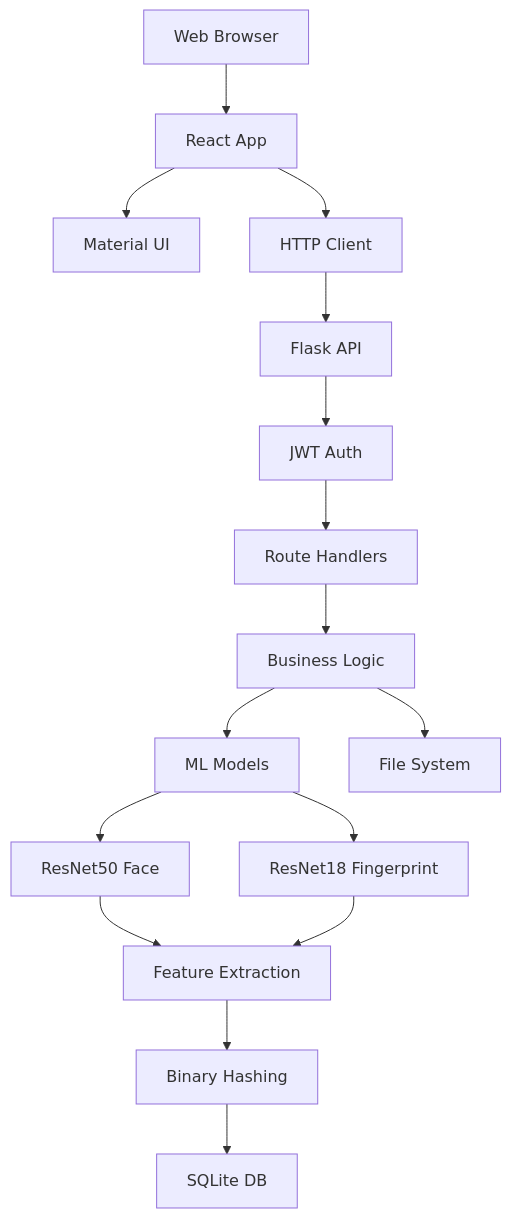
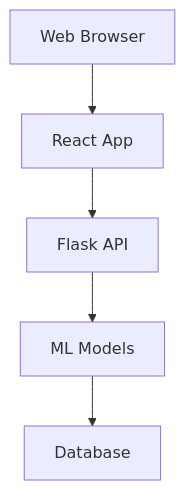
One commit to BTech20/biometric-auth-system changed the first of 15 diagrams in ARCHITECTURE.md. Above: the diagram before and after it, drawn with Mermaid. The commit also changed other lines of this file, not shown here.

First line of the commit message:
Ultra-simplify Mermaid diagrams to basic graph syntax

````diff
--- a/ARCHITECTURE.md
+++ b/ARCHITECTURE.md
@@ -45,18 +45,7 @@
 ```mermaid
-flowchart TB
+graph TD
     A[Web Browser] --> B[React App]
-    B --> C[Material UI]
-    B --> D[HTTP Client]
-    D --> E[Flask API]
-    E --> F[JWT Auth]
-    F --> G[Route Handlers]
-    G --> H[Business Logic]
-    H --> I[ML Models]
-    I --> J[ResNet50 Face]
-    I --> K[ResNet18 Fingerprint]
-    J --> L[Feature Extraction]
-    K --> L
-    L --> M[Binary Hashing]
-    M --> N[SQLite DB]
-    H --> O[File System]
+    B --> C[Flask API]
+    C --> D[ML Models]
+    D --> E[Database]
 ```
````
